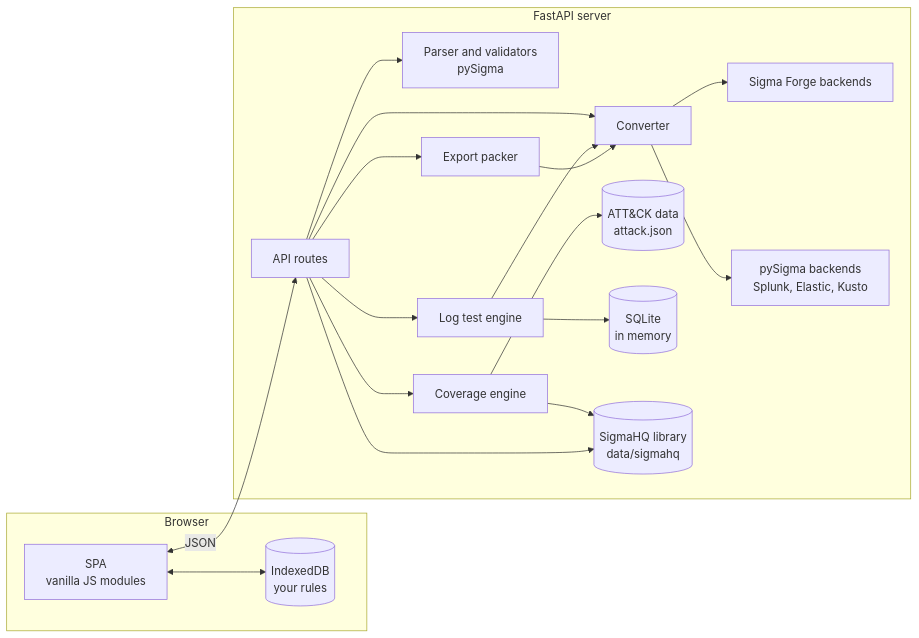
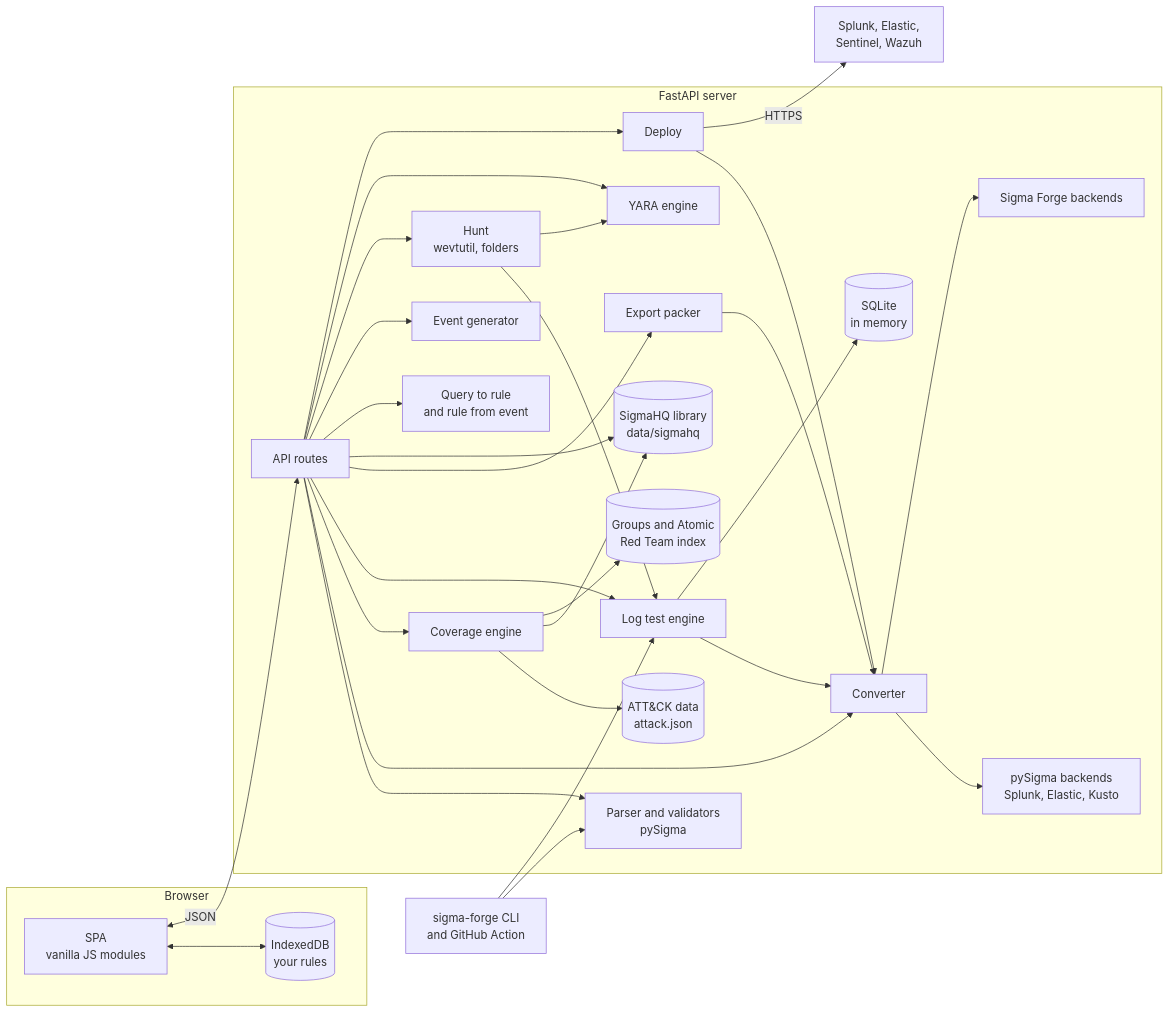
The fifth of 5 diagrams in README.md (qays3/Sigma-Forge), drawn with Mermaid before and after one commit. The commit also changed other lines of this file and 86 other files, not shown here.

Commit message:
Add hunting, YARA, query to rule, deploy and quality tools

````diff
--- a/README.md
+++ b/README.md
@@ -1405,34 +1622,52 @@
 ```mermaid
 flowchart LR
     subgraph Browser
         UI[SPA<br/>vanilla JS modules]
         DB[(IndexedDB<br/>your rules)]
         UI <--> DB
     end
     subgraph Server[FastAPI server]
         R[API routes]
         P[Parser and validators<br/>pySigma]
         C[Converter]
         W[Sigma Forge backends]
         V[Coverage engine]
         A[(ATT&CK data<br/>attack.json)]
         T[Log test engine]
         S[(SQLite<br/>in memory)]
         X[Export packer]
         LB[(SigmaHQ library<br/>data/sigmahq)]
+        TG[(Groups and Atomic<br/>Red Team index)]
+        Q[Query to rule<br/>and rule from event]
+        G[Event generator]
+        H[Hunt<br/>wevtutil, folders]
+        Y[YARA engine]
+        D[Deploy]
         R --> P
         R --> C
         C --> PB[pySigma backends<br/>Splunk, Elastic, Kusto]
         C --> W
         R --> V
         V --> A
         V --> LB
         R --> T
         T --> C
         T --> S
         R --> X
         X --> C
         R --> LB
+        V --> TG
+        R --> Q
+        R --> G
+        R --> H
+        H --> T
+        H --> Y
+        R --> Y
+        R --> D
+        D --> C
     end
     UI <-- JSON --> R
+    D -- HTTPS --> SIEM[Splunk, Elastic,<br/>Sentinel, Wazuh]
+    CLI[sigma-forge CLI<br/>and GitHub Action] --> P
+    CLI --> T
 ```
````
